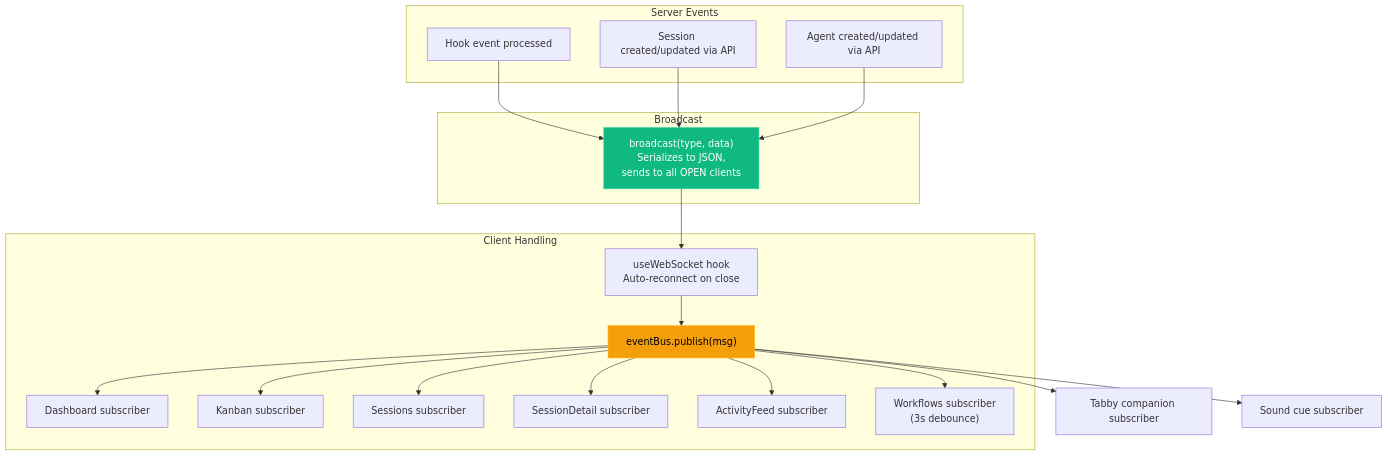
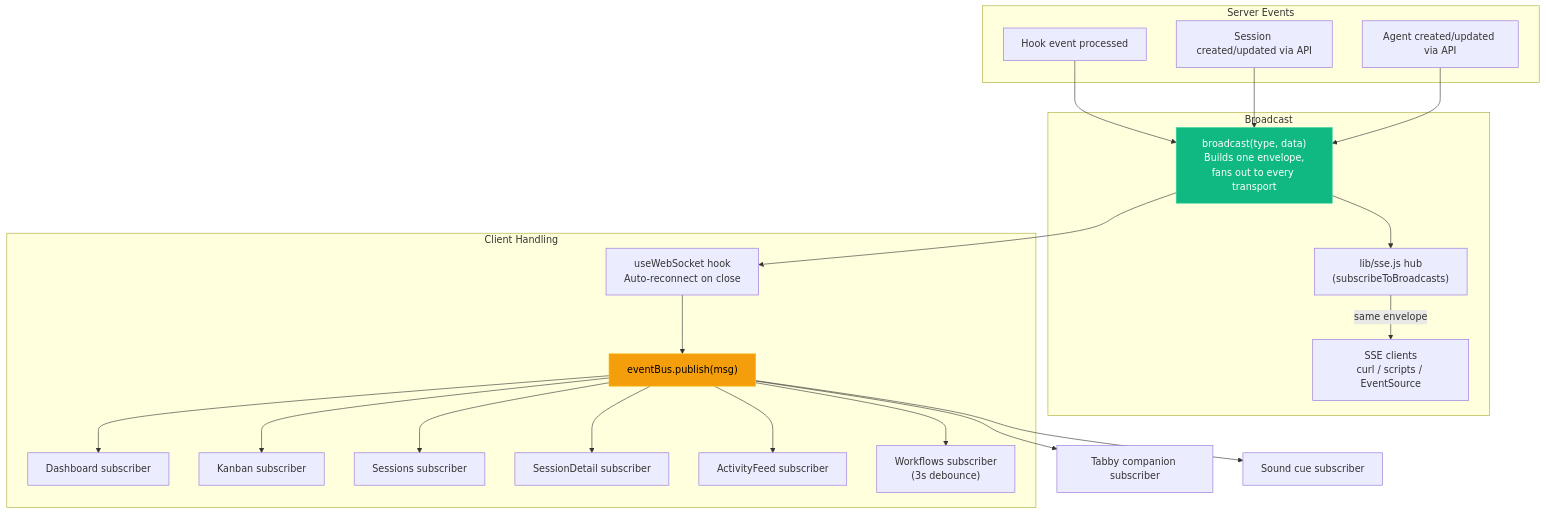
Diagram 14 of 45 in ARCHITECTURE.md (NikoAuso/Claude-Code-Agent-Monitor), drawn with Mermaid before and after one commit. The commit also changed other lines of this file and 4 other files, not shown here.

First line of the commit message:
docs(sse): show SSE in the architecture diagrams and state the replay gap

````diff
--- a/ARCHITECTURE.md
+++ b/ARCHITECTURE.md
@@ -1026,33 +1033,37 @@
 ```mermaid
 graph TD
     subgraph "Server Events"
         A[Hook event processed]
         B[Session created/updated via API]
         C[Agent created/updated via API]
     end
 
     subgraph "Broadcast"
-        BC["broadcast(type, data)<br/>Serializes to JSON,<br/>sends to all OPEN clients"]
+        BC["broadcast(type, data)<br/>Builds one envelope,<br/>fans out to every transport"]
+        SSEH["lib/sse.js hub<br/>(subscribeToBroadcasts)"]
+        SSEC["SSE clients<br/>curl / scripts / EventSource"]
     end
 
     subgraph "Client Handling"
         WS["useWebSocket hook<br/>Auto-reconnect on close"]
         EB["eventBus.publish(msg)"]
         SUB1["Dashboard subscriber"]
         SUB2["Kanban subscriber"]
         SUB3["Sessions subscriber"]
         SUB4["SessionDetail subscriber"]
         SUB5["ActivityFeed subscriber"]
         SUB6["Workflows subscriber<br/>(3s debounce)"]
     end
 
     A & B & C --> BC
     BC --> WS
+    BC --> SSEH
+    SSEH -->|same envelope| SSEC
     WS --> EB
     EB --> SUB1 & SUB2 & SUB3 & SUB4 & SUB5 & SUB6
     EB --> SUB7["Tabby companion subscriber"]
     EB --> SUB8["Sound cue subscriber"]
 
     style BC fill:#10b981,stroke:#34d399,color:#fff
     style EB fill:#f59e0b,stroke:#fbbf24,color:#000
 ```
````
